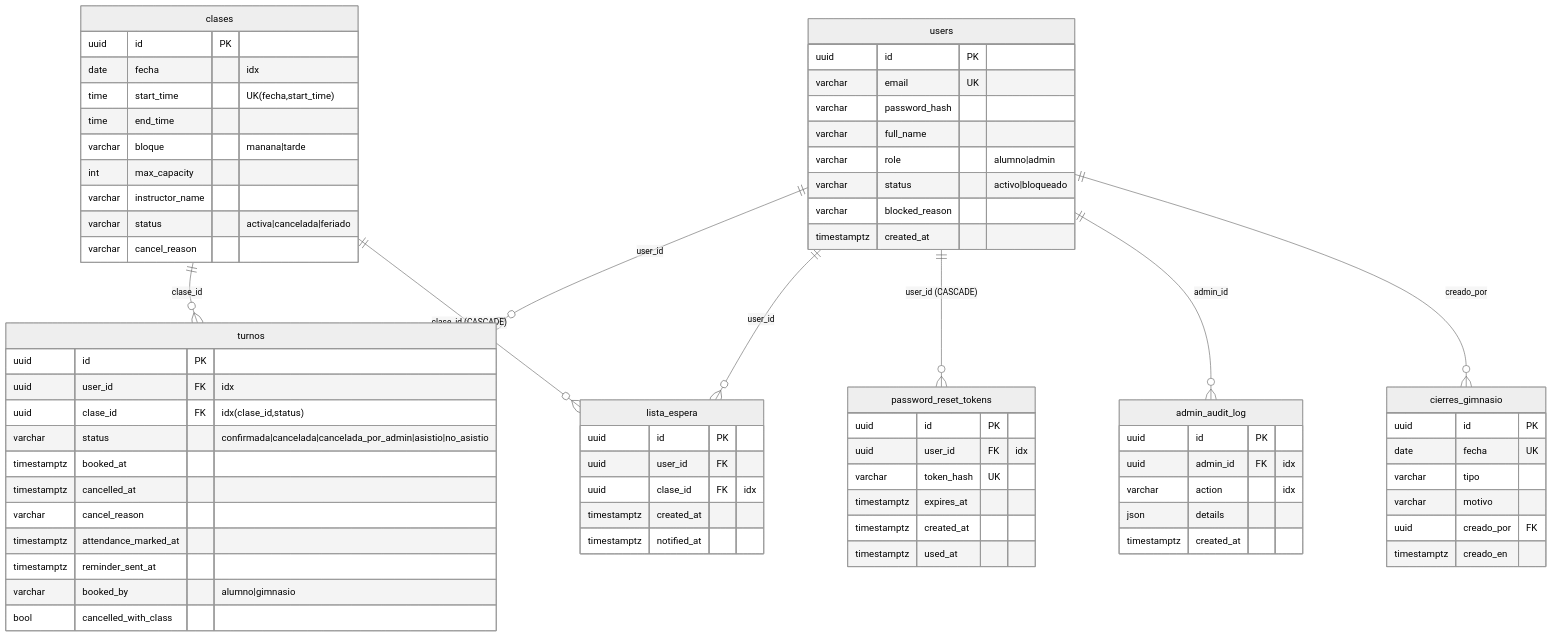
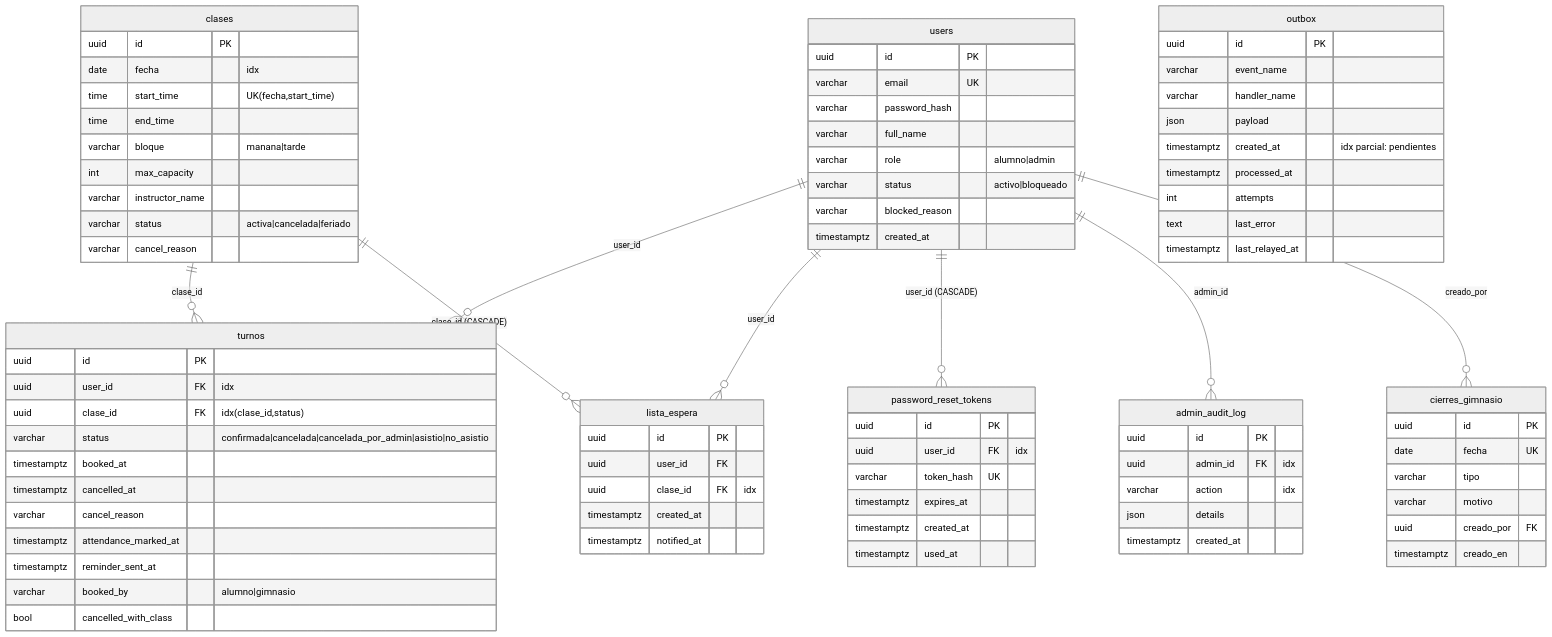
Before and after one commit to juantevez/py-pilates: diagram 18 of 18 in doc/technical/TECH.md, drawn with Mermaid (neutral theme). The commit also changed other lines of this file and 14 other files, not shown here.

```diff
--- a/doc/technical/TECH.md
+++ b/doc/technical/TECH.md
@@ -1017,6 +1071,17 @@
         timestamptz created_at
         timestamptz used_at
     }
+    outbox {
+        uuid id PK
+        varchar event_name
+        varchar handler_name
+        json payload
+        timestamptz created_at "idx parcial: pendientes"
+        timestamptz processed_at
+        int attempts
+        text last_error
+        timestamptz last_relayed_at
+    }
     admin_audit_log {
         uuid id PK
         uuid admin_id FK "idx"
```
